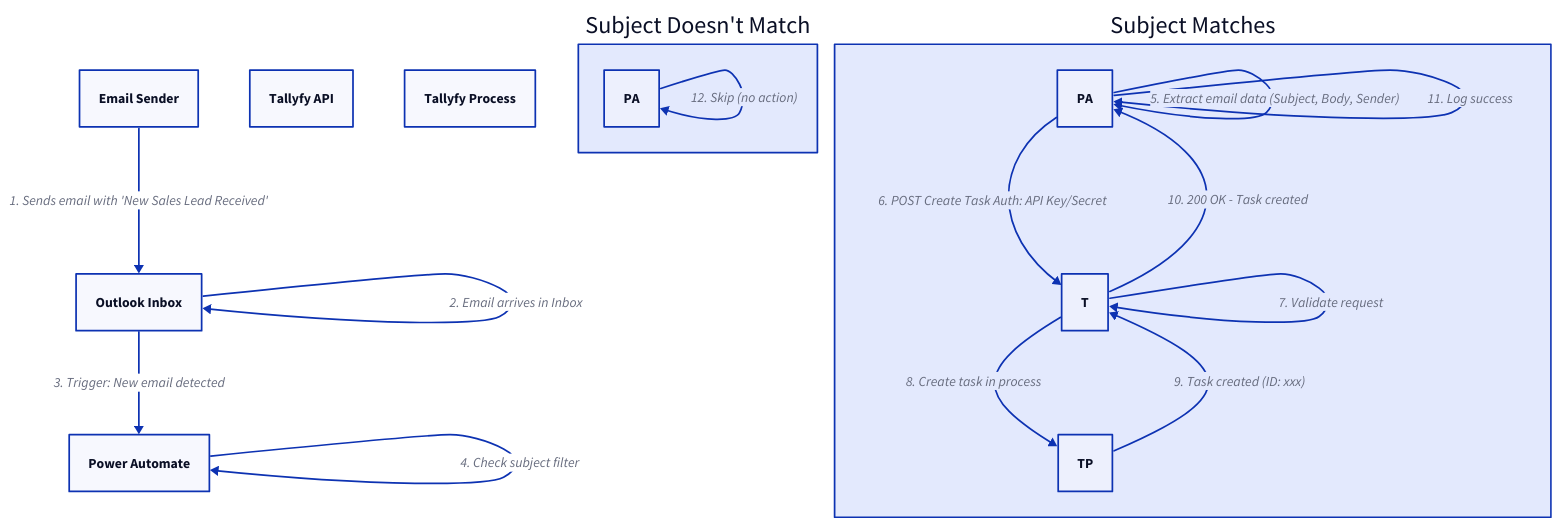
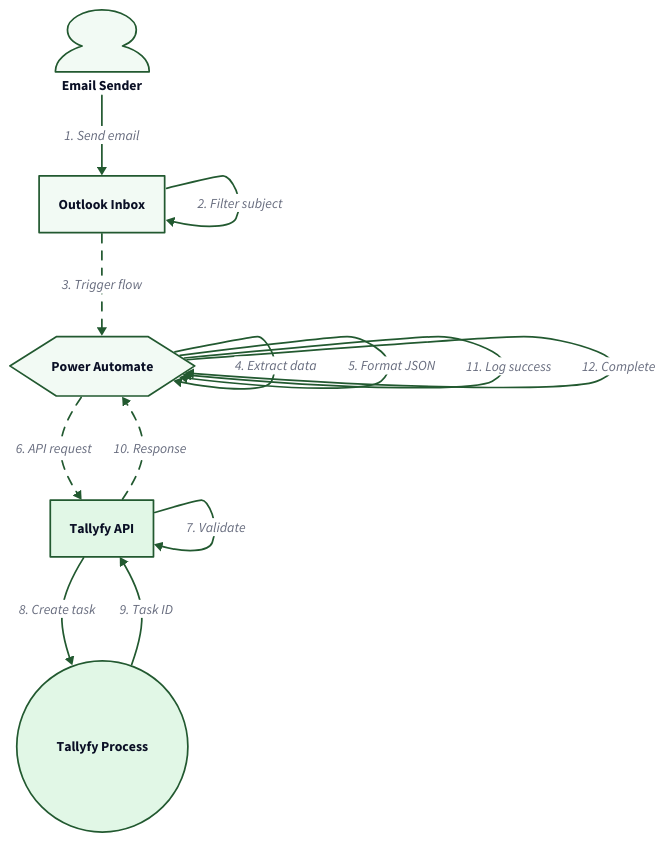
Before and after one commit to tallyfy/documentation: the diagram in src/content/docs/pro/integrations/middleware/power-automate/creating-your-first-flow-in-power-automate.mdx, drawn with D2. The commit also changed other lines of this file and 605 other files, not shown here.

````diff
--- a/src/content/docs/pro/integrations/middleware/power-automate/creating-your-first-flow-in-power-automate.mdx
+++ b/src/content/docs/pro/integrations/middleware/power-automate/creating-your-first-flow-in-power-automate.mdx
@@ -38,31 +39,87 @@
 ```d2
-E: "Email Sender"
-O: "Outlook Inbox"
-PA: "Power Automate"
-T: "Tallyfy API"
-TP: "Tallyfy Process"
+direction: down
 
-# Automated Email-to-Task Flow
-E -> O: "1. Sends email with 'New Sales Lead Received'"
-O -> O: "2. Email arrives in Inbox"
-O -> PA: "3. Trigger: New email detected"
-PA -> PA: "4. Check subject filter"
-
-# Subject matches filter
-MatchPath: "Subject Matches" {
-  PA -> PA: "5. Extract email data (Subject, Body, Sender)"
-  PA -> T: "6. POST Create Task Auth: API Key/Secret"
-  # Blueprint ID: Lead Follow-Up Task Name: Email Subject Description: Email Body Deadline: +1 day
-  T -> T: "7. Validate request"
-  T -> TP: "8. Create task in process"
-  TP -> T: "9. Task created (ID: xxx)"
-  T -> PA: "10. 200 OK - Task created"
-  PA -> PA: "11. Log success"
+# Actors
+E: Email Sender {
+  shape: person
+  style.fill: "#f2faf4"
+  style.stroke: "#225930"
 }
 
-NoMatchPath: "Subject Doesn't Match" {
-  PA -> PA: "12. Skip (no action)"
+O: Outlook Inbox {
+  shape: rectangle
+  style.fill: "#f2faf4"
+  style.stroke: "#225930"
 }
 
-# Task now trackable in Tallyfy
+PA: Power Automate {
+  shape: hexagon
+  style.fill: "#f2faf4"
+  style.stroke: "#225930"
+}
+
+T: Tallyfy API {
+  shape: rectangle
+  style.fill: "#e1f7e6"
+  style.stroke: "#225930"
+}
+
+TP: Tallyfy Process {
+  shape: circle
+  style.fill: "#e1f7e6"
+  style.stroke: "#225930"
+  style.stroke-width: 2
+}
+
+# Flow
+E -> O: 1. Send email {
+  style.stroke: "#225930"
+}
+
+O -> O: 2. Filter subject {
+  style.stroke: "#225930"
+}
+
+O -> PA: 3. Trigger flow {
+  style.stroke: "#225930"
+  style.animated: true
+}
+
+PA -> PA: 4. Extract data {
+  style.stroke: "#225930"
+}
+
+PA -> PA: 5. Format JSON {
+  style.stroke: "#225930"
+}
+
+PA -> T: 6. API request {
+  style.stroke: "#225930"
+  style.animated: true
+}
+
+T -> T: 7. Validate {
+  style.stroke: "#225930"
+}
+
+T -> TP: 8. Create task {
+  style.stroke: "#225930"
+}
+
+TP -> T: 9. Task ID {
+  style.stroke: "#225930"
+}
+
+T -> PA: 10. Response {
+  style.stroke: "#225930"
+  style.animated: true
+}
+
+PA -> PA: 11. Log success {
+  style.stroke: "#225930"
+}
+
+PA -> PA: 12. Complete {
+  style.stroke: "#225930"
+}
 ```
````
